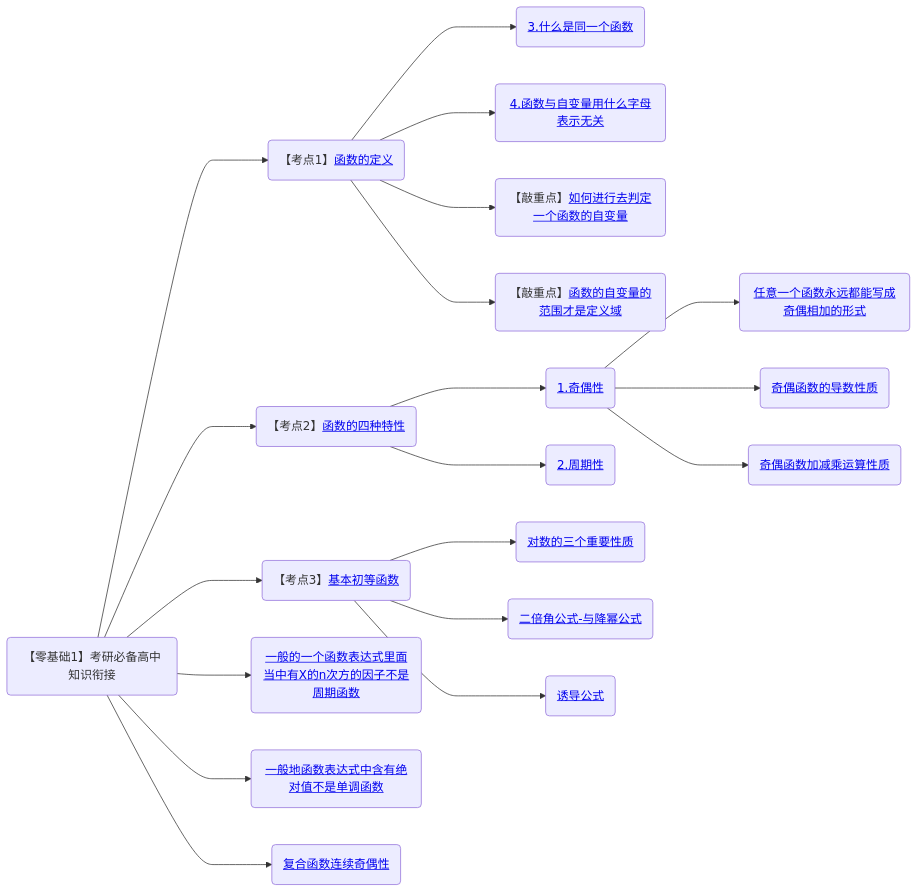
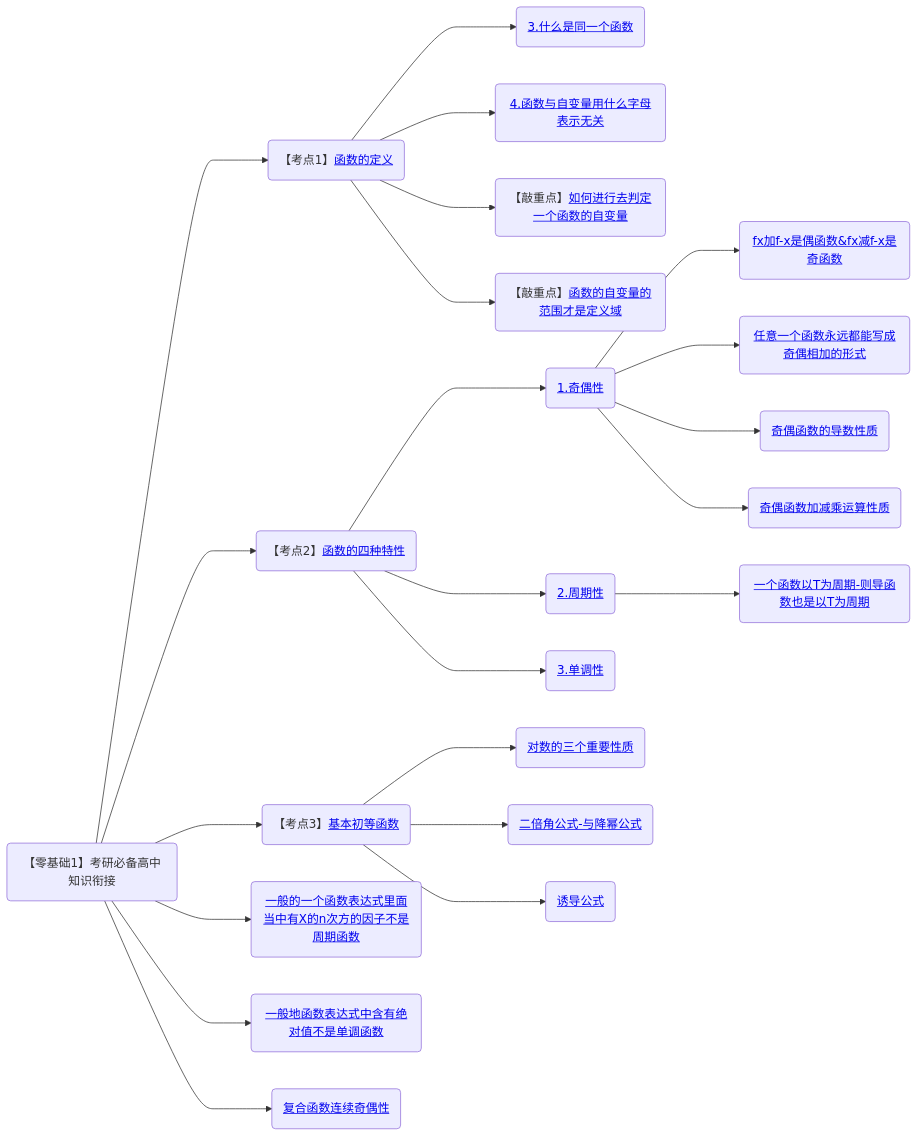
One commit to yuebinghui/note changed the second of 11 diagrams in 笔记/数学/周洋鑫/00.框架.md. Above: the diagram before and after it, drawn with Mermaid. The commit also changed 4 other files, not shown here.

````diff
--- a/笔记/数学/周洋鑫/00.框架.md
+++ b/笔记/数学/周洋鑫/00.框架.md
@@ -11,32 +11,35 @@
 ```mermaid
 graph LR
 考研必备高中知识衔接(【零基础1】考研必备高中知识衔接)
 
 考研必备高中知识衔接--->函数的定义(【考点1】<a href="/Users/yuebinghui/Documents/program/github/note/笔记/数学/周洋鑫/02.零基础核心考点精讲1-1～2-1.md#函数的定义">函数的定义</>)
 函数的定义--->3.什么是同一个函数(<a href="/Users/yuebinghui/Documents/program/github/note/笔记/数学/周洋鑫/02.零基础核心考点精讲1-1～2-1.md#3.什么是同一个函数">3.什么是同一个函数</>)
 函数的定义--->4.函数与自变量用什么字母表示无关(<a href="/Users/yuebinghui/Documents/program/github/note/笔记/数学/周洋鑫/02.零基础核心考点精讲1-1～2-1.md#4.函数与自变量用什么字母表示无关">4.函数与自变量用什么字母表示无关</>)
 函数的定义--->如何进行去判定一个函数的自变量(【敲重点】<a href="/Users/yuebinghui/Documents/program/github/note/笔记/数学/周洋鑫/02.零基础核心考点精讲1-1～2-1.md#如何进行去判定一个函数的自变量">如何进行去判定一个函数的自变量</>)
 函数的定义--->函数的自变量的范围才是定义域(【敲重点】<a href="/Users/yuebinghui/Documents/program/github/note/笔记/数学/周洋鑫/02.零基础核心考点精讲1-1～2-1.md#函数的自变量的范围才是定义域">函数的自变量的范围才是定义域</>)
 
 考研必备高中知识衔接--->函数的四种特性(【考点2】<a href="/Users/yuebinghui/Documents/program/github/note/笔记/数学/周洋鑫/02.零基础核心考点精讲1-1～2-1.md#函数的四种特性">函数的四种特性</>)
 函数的四种特性--->1.奇偶性(<a href="/Users/yuebinghui/Documents/program/github/note/笔记/数学/周洋鑫/02.零基础核心考点精讲1-1～2-1.md#1.奇偶性">1.奇偶性</>)
+1.奇偶性--->fx加f-x是偶函数&fx减f-x是奇函数(<a href="/Users/yuebinghui/Documents/program/github/note/笔记/数学/周洋鑫/02.零基础核心考点精讲1-1～2-1.md#fx加f-x是偶函数&fx减f-x是奇函数">fx加f-x是偶函数&fx减f-x是奇函数</>)
 1.奇偶性--->任意一个函数永远都能写成奇偶相加的形式(<a href="/Users/yuebinghui/Documents/program/github/note/笔记/数学/周洋鑫/02.零基础核心考点精讲1-1～2-1.md#任意一个函数永远都能写成奇偶相加的形式">任意一个函数永远都能写成奇偶相加的形式</>)
 1.奇偶性--->奇偶函数的导数性质(<a href="/Users/yuebinghui/Documents/program/github/note/笔记/数学/周洋鑫/02.零基础核心考点精讲1-1～2-1.md#奇偶函数的导数性质">奇偶函数的导数性质</>)
 1.奇偶性--->奇偶函数加减乘运算性质(<a href="/Users/yuebinghui/Documents/program/github/note/笔记/数学/周洋鑫/02.零基础核心考点精讲1-1～2-1.md#奇偶函数加减乘运算性质">奇偶函数加减乘运算性质</>)
 函数的四种特性--->2.周期性(<a href="/Users/yuebinghui/Documents/program/github/note/笔记/数学/周洋鑫/02.零基础核心考点精讲1-1～2-1.md#2.周期性 ">2.周期性 </>)
+2.周期性--->一个函数以T为周期-则导函数也是以T为周期(<a href="/Users/yuebinghui/Documents/program/github/note/笔记/数学/周洋鑫/02.零基础核心考点精讲1-1～2-1.md#一个函数以T为周期-则导函数也是以T为周期">一个函数以T为周期-则导函数也是以T为周期</>)
+函数的四种特性--->3.单调性(<a href="/Users/yuebinghui/Documents/program/github/note/笔记/数学/周洋鑫/02.零基础核心考点精讲1-1～2-1.md#3.单调性">3.单调性</>)
 
 
 
 考研必备高中知识衔接--->基本初等函数(【考点3】<a href="/Users/yuebinghui/Documents/program/github/note/笔记/数学/周洋鑫/02.零基础核心考点精讲1-1～2-1.md#基本初等函数">基本初等函数</>)
 基本初等函数--->对数的三个重要性质(<a href="/Users/yuebinghui/Documents/program/github/note/笔记/数学/周洋鑫/02.零基础核心考点精讲1-1～2-1.md#对数的三个重要性质">对数的三个重要性质</>)
 基本初等函数--->二倍角公式-与降幂公式(<a href="/Users/yuebinghui/Documents/program/github/note/笔记/数学/周洋鑫/02.零基础核心考点精讲1-1～2-1.md#二倍角公式-与降幂公式">二倍角公式-与降幂公式</>)
 基本初等函数--->诱导公式(<a href="/Users/yuebinghui/Documents/program/github/note/笔记/数学/周洋鑫/02.零基础核心考点精讲1-1～2-1.md#诱导公式">诱导公式</>)
 
 
 
 考研必备高中知识衔接--->一般的一个函数表达式里面当中有X的n次方的因子不是周期函数(<a href="/Users/yuebinghui/Documents/program/github/note/笔记/数学/周洋鑫/04.零基础核心考点精讲3-2.md#一般的一个函数表达式里面当中有X的n次方的因子不是周期函数">一般的一个函数表达式里面当中有X的n次方的因子不是周期函数</>)
 考研必备高中知识衔接--->一般地函数表达式中含有绝对值不是单调函数(<a href="/Users/yuebinghui/Documents/program/github/note/笔记/数学/周洋鑫/04.零基础核心考点精讲3-2.md#一般地函数表达式中含有绝对值不是单调函数">一般地函数表达式中含有绝对值不是单调函数</>)
 考研必备高中知识衔接--->复合函数连续奇偶性(<a href="/Users/yuebinghui/Documents/program/github/note/笔记/数学/周洋鑫/05.1.零基础核心考点精讲4-2.md#复合函数连续奇偶性">复合函数连续奇偶性</>)
 
 
 ```
````
